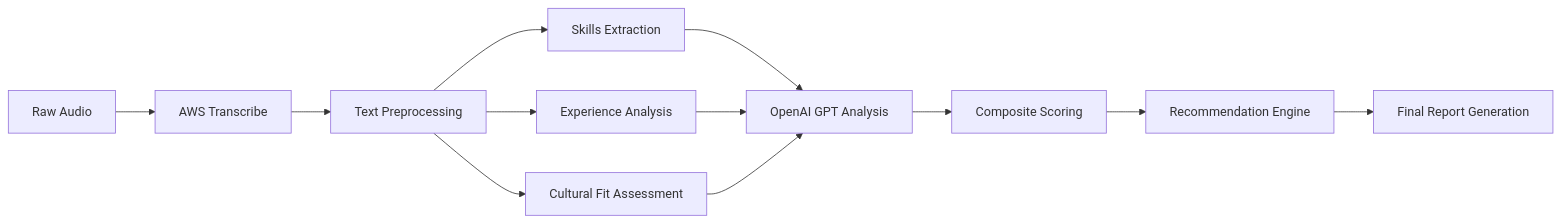
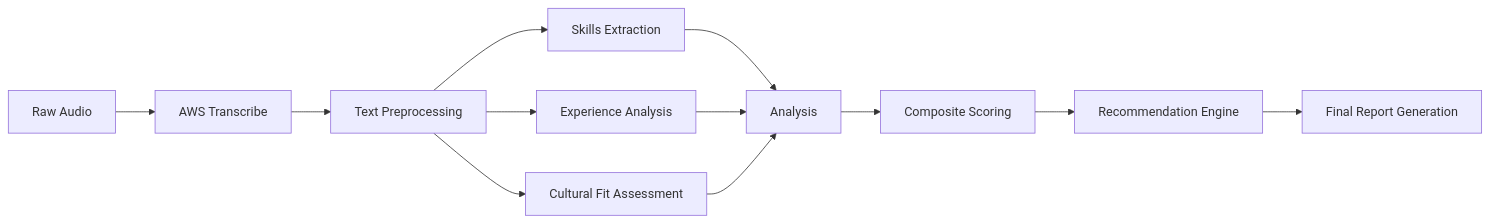
Before and after one commit to ranjan2829/AI-Calling-Agent: the second of 2 diagrams in README.md, drawn with Mermaid. The commit also changed other lines of this file, not shown here.

````diff
--- a/README.md
+++ b/README.md
@@ -455,14 +437,14 @@
 ```mermaid
 graph LR
     A[Raw Audio] --> B[AWS Transcribe]
     B --> C[Text Preprocessing]
     C --> D[Skills Extraction]
     C --> E[Experience Analysis]
     C --> F[Cultural Fit Assessment]
-    D --> G[OpenAI GPT Analysis]
+    D --> G[Analysis]
     E --> G
     F --> G
     G --> H[Composite Scoring]
     H --> I[Recommendation Engine]
     I --> J[Final Report Generation]
 ```
````
